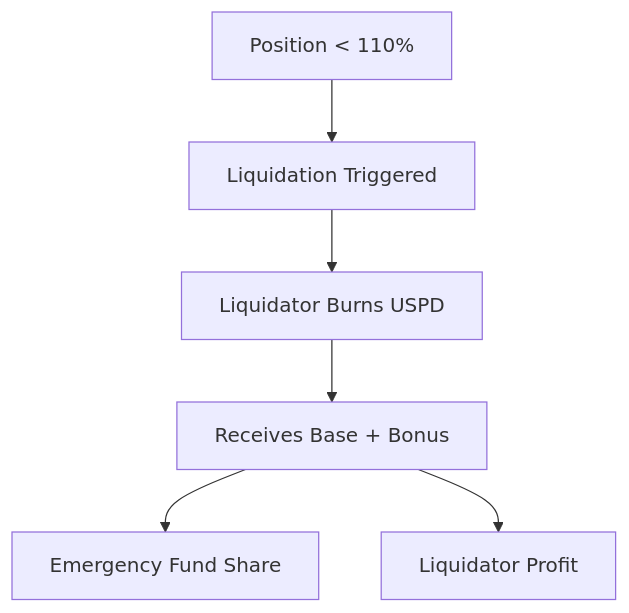
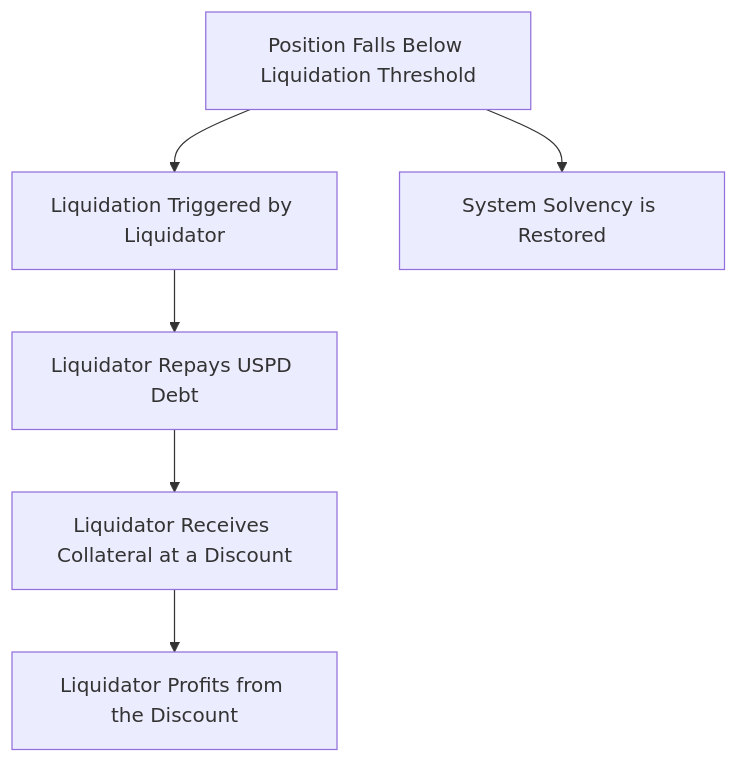
The diagram in app/docs/stabilizers/liquidation/page.mdx (Morpher-io/uspd_website), drawn with Mermaid before and after one commit. The commit also changed other lines of this file and 2 other files, not shown here.

Commit message:
docs: Update stabilizer docs on liquidation, collateral, and links

````diff
--- a/app/docs/stabilizers/liquidation/page.mdx
+++ b/app/docs/stabilizers/liquidation/page.mdx
@@ -20,8 +25,8 @@
 ```mermaid
 graph TD
-    A[Position < 110%] --> B[Liquidation Triggered]
-    B --> C[Liquidator Burns USPD]
-    C --> D[Receives Base + Bonus]
-    D --> E[Emergency Fund Share]
-    D --> F[Liquidator Profit]
+    A[Position Falls Below Liquidation Threshold] --> B[Liquidation Triggered by Liquidator]
+    B --> C[Liquidator Repays USPD Debt]
+    C --> D[Liquidator Receives Collateral at a Discount]
+    D --> E[Liquidator Profits from the Discount]
+    A --> F[System Solvency is Restored]
 ```
````
